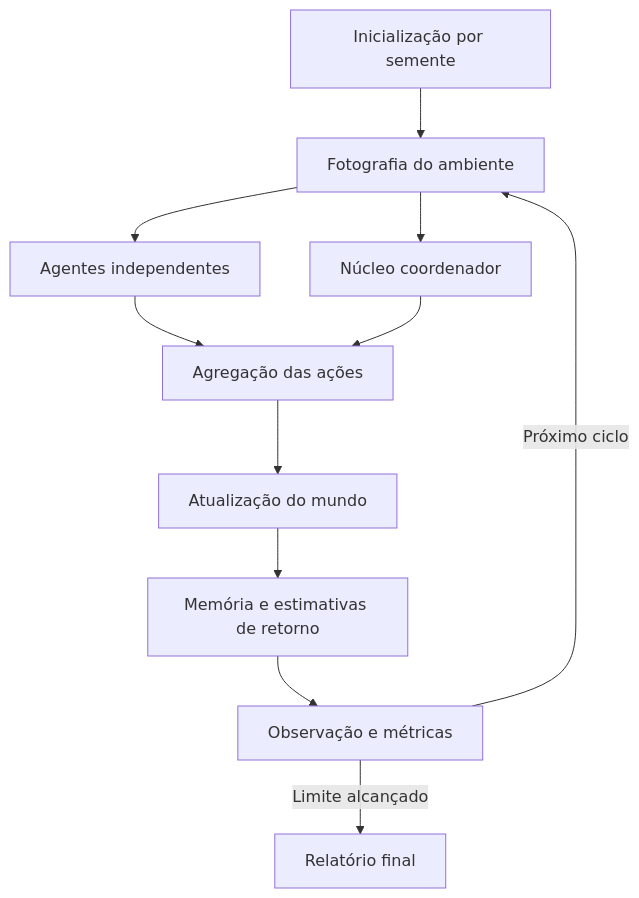
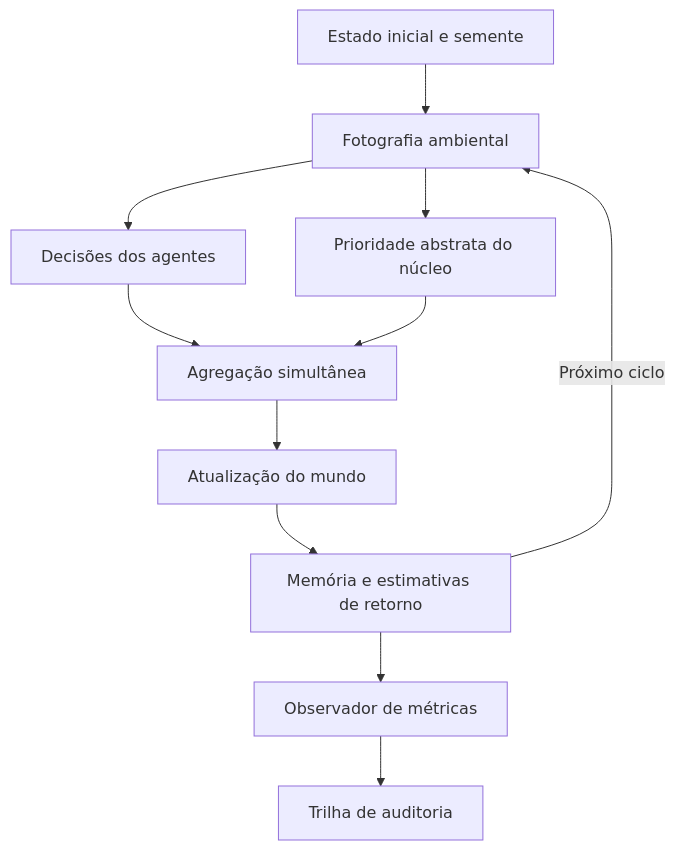
One commit to ykauttiz/protocolo-nulo changed the diagram in README.md. Above: the diagram before and after it, drawn with Mermaid. The commit also changed other lines of this file and 9 other files, not shown here.

````diff
--- a/README.md
+++ b/README.md
@@ -77,13 +82,13 @@
 ```mermaid
 flowchart TD
-    A[Inicialização por semente] --> B[Fotografia do ambiente]
-    B --> C[Agentes independentes]
-    B --> D[Núcleo coordenador]
-    C --> E[Agregação das ações]
+    A[Estado inicial e semente] --> B[Fotografia ambiental]
+    B --> C[Decisões dos agentes]
+    B --> D[Prioridade abstrata do núcleo]
+    C --> E[Agregação simultânea]
     D --> E
     E --> F[Atualização do mundo]
     F --> G[Memória e estimativas de retorno]
-    G --> H[Observação e métricas]
-    H -->|Próximo ciclo| B
-    H -->|Limite alcançado| I[Relatório final]
+    G --> H[Observador de métricas]
+    H --> I[Trilha de auditoria]
+    G -->|Próximo ciclo| B
 ```
````
